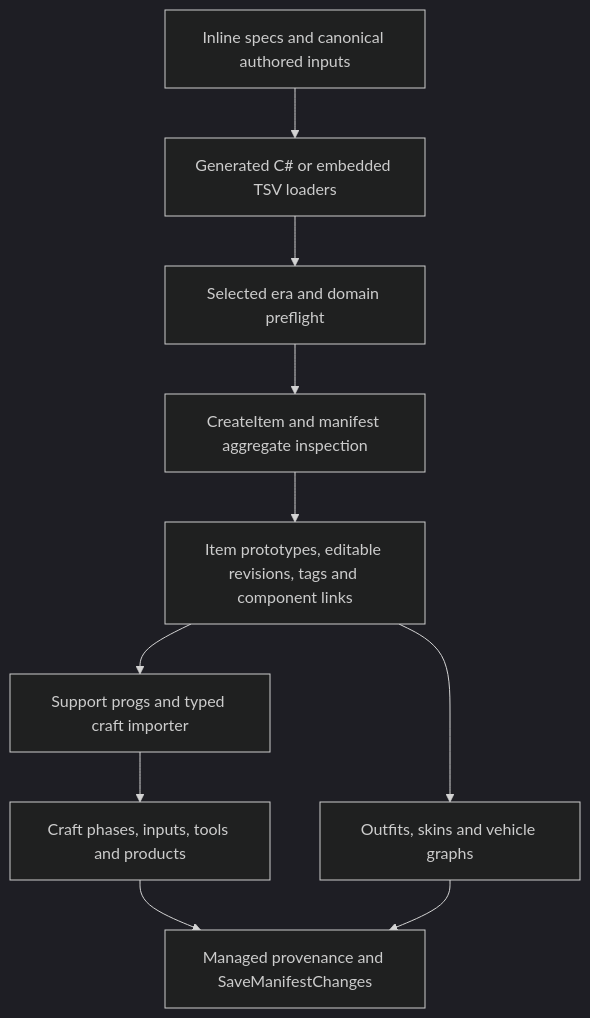
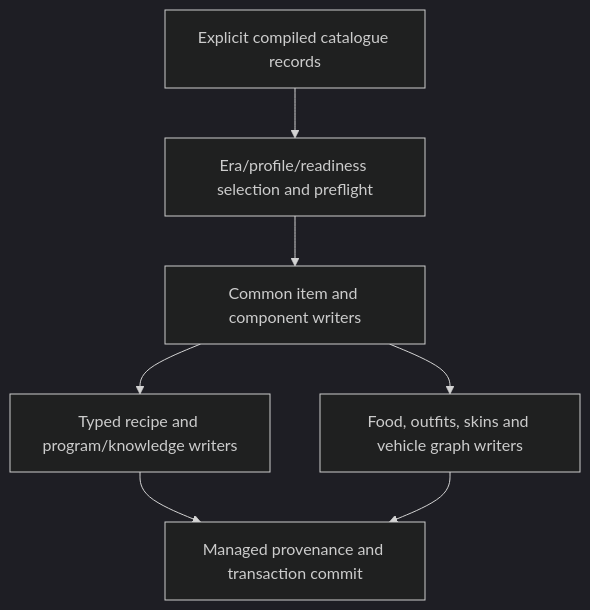
Before and after one commit to FutureMUD/FutureMUD: the diagram in Design Documents/Seeding/Seeders/ItemSeeder.md, drawn with Mermaid (dark theme). The commit also changed other lines of this file and 2387 other files, not shown here.

Commit message:
Unify ItemSeeder content in compiled era-independent catalogues

````diff
--- a/Design Documents/Seeding/Seeders/ItemSeeder.md
+++ b/Design Documents/Seeding/Seeders/ItemSeeder.md
@@ -35,12 +46,9 @@
 ```mermaid
 flowchart TD
-    A[Inline specs and canonical authored inputs] --> B[Generated C# or embedded TSV loaders]
-    B --> C[Selected era and domain preflight]
-    C --> D[CreateItem and manifest aggregate inspection]
-    D --> E[Item prototypes, editable revisions, tags and component links]
-    E --> F[Support progs and typed craft importer]
-    F --> G[Craft phases, inputs, tools and products]
-    E --> H[Outfits, skins and vehicle graphs]
-    G --> I[Managed provenance and SaveManifestChanges]
-    H --> I
+    A[Explicit compiled catalogue records] --> B[Era/profile/readiness selection and preflight]
+    B --> C[Common item and component writers]
+    C --> D[Typed recipe and program/knowledge writers]
+    C --> E[Food, outfits, skins and vehicle graph writers]
+    D --> F[Managed provenance and transaction commit]
+    E --> F
 ```
````
